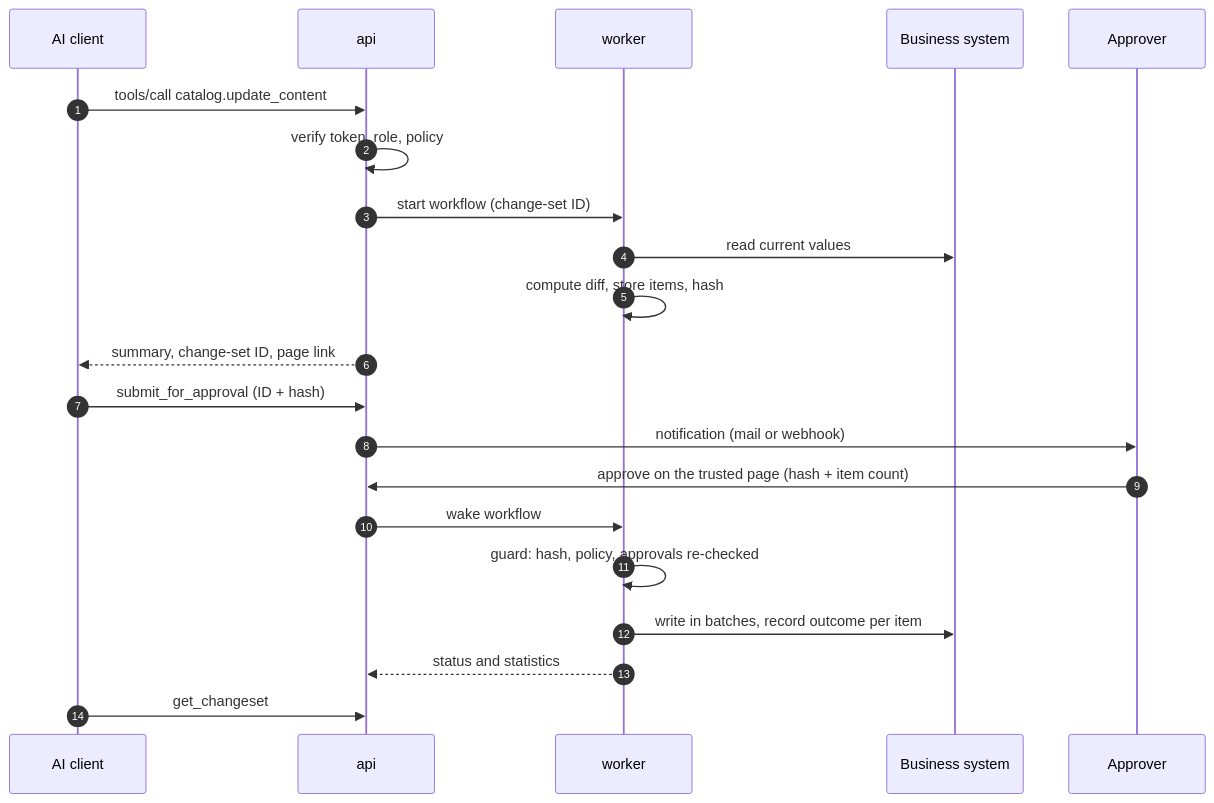
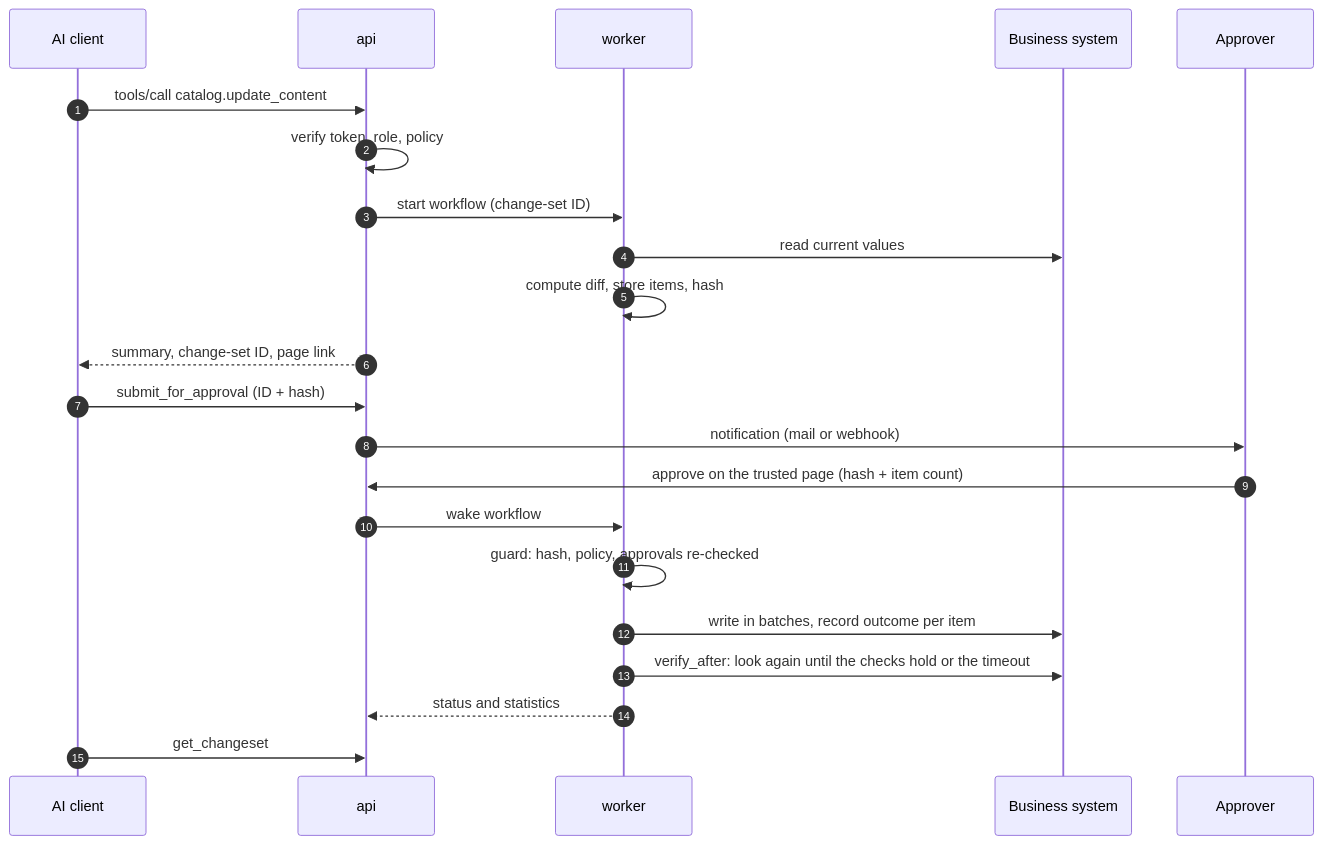
The second of 3 diagrams in docs/guide/architecture.md (serhii-f8/mandate), drawn with Mermaid before and after one commit. The commit also changed other lines of this file and 15 other files, not shown here.

````diff
--- a/docs/guide/architecture.md
+++ b/docs/guide/architecture.md
@@ -76,24 +76,25 @@
 ```mermaid
 sequenceDiagram
   autonumber
   participant C as AI client
   participant A as api
   participant W as worker
   participant U as Business system
   participant P as Approver
 
   C->>A: tools/call catalog.update_content
   A->>A: verify token, role, policy
   A->>W: start workflow (change-set ID)
   W->>U: read current values
   W->>W: compute diff, store items, hash
   A-->>C: summary, change-set ID, page link
   C->>A: submit_for_approval (ID + hash)
   A->>P: notification (mail or webhook)
   P->>A: approve on the trusted page (hash + item count)
   A->>W: wake workflow
   W->>W: guard: hash, policy, approvals re-checked
   W->>U: write in batches, record outcome per item
+  W->>U: verify_after: look again until the checks hold or the timeout
   W-->>A: status and statistics
   C->>A: get_changeset
 ```
````
